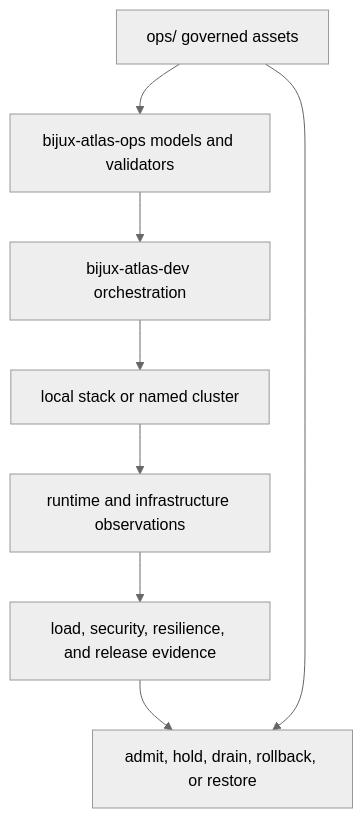
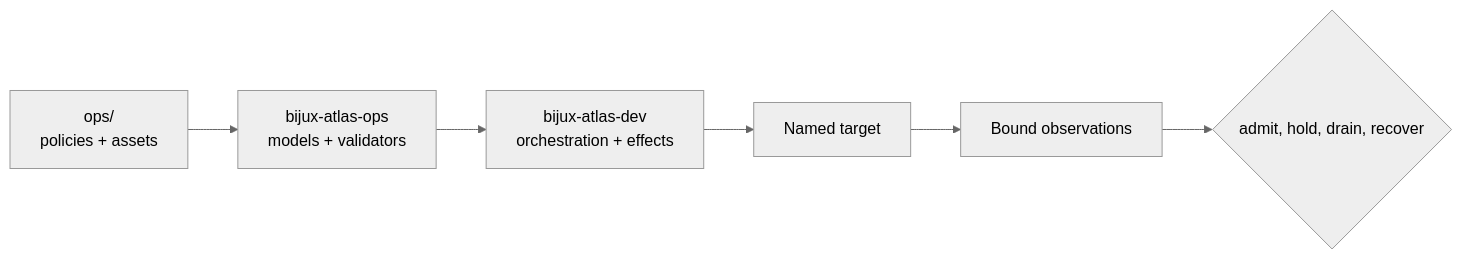
One commit to bijux/bijux-atlas changed the first of 2 diagrams in crates/bijux-atlas-ops/README.md. Above: the diagram before and after it, drawn with Mermaid (neutral theme). The commit also changed other lines of this file and 1 other file, not shown here.

Commit message:
docs(packages): explain operations and control-plane boundaries

````diff
--- a/crates/bijux-atlas-ops/README.md
+++ b/crates/bijux-atlas-ops/README.md
@@ -31,10 +19,8 @@
 ```mermaid
-flowchart TB
-    Assets["ops/ governed assets"] --> Library["bijux-atlas-ops models and validators"]
-    Library --> Control["bijux-atlas-dev orchestration"]
-    Control --> Target["local stack or named cluster"]
-    Target --> Signals["runtime and infrastructure observations"]
-    Signals --> Evidence["load, security, resilience, and release evidence"]
-    Evidence --> Decision["admit, hold, drain, rollback, or restore"]
-    Assets --> Decision
+flowchart LR
+    Assets["ops/<br/>policies + assets"] --> Library["bijux-atlas-ops<br/>models + validators"]
+    Library --> Control["bijux-atlas-dev<br/>orchestration + effects"]
+    Control --> Target[Named target]
+    Target --> Evidence[Bound observations]
+    Evidence --> Decision{admit, hold, drain, recover}
 ```
````
